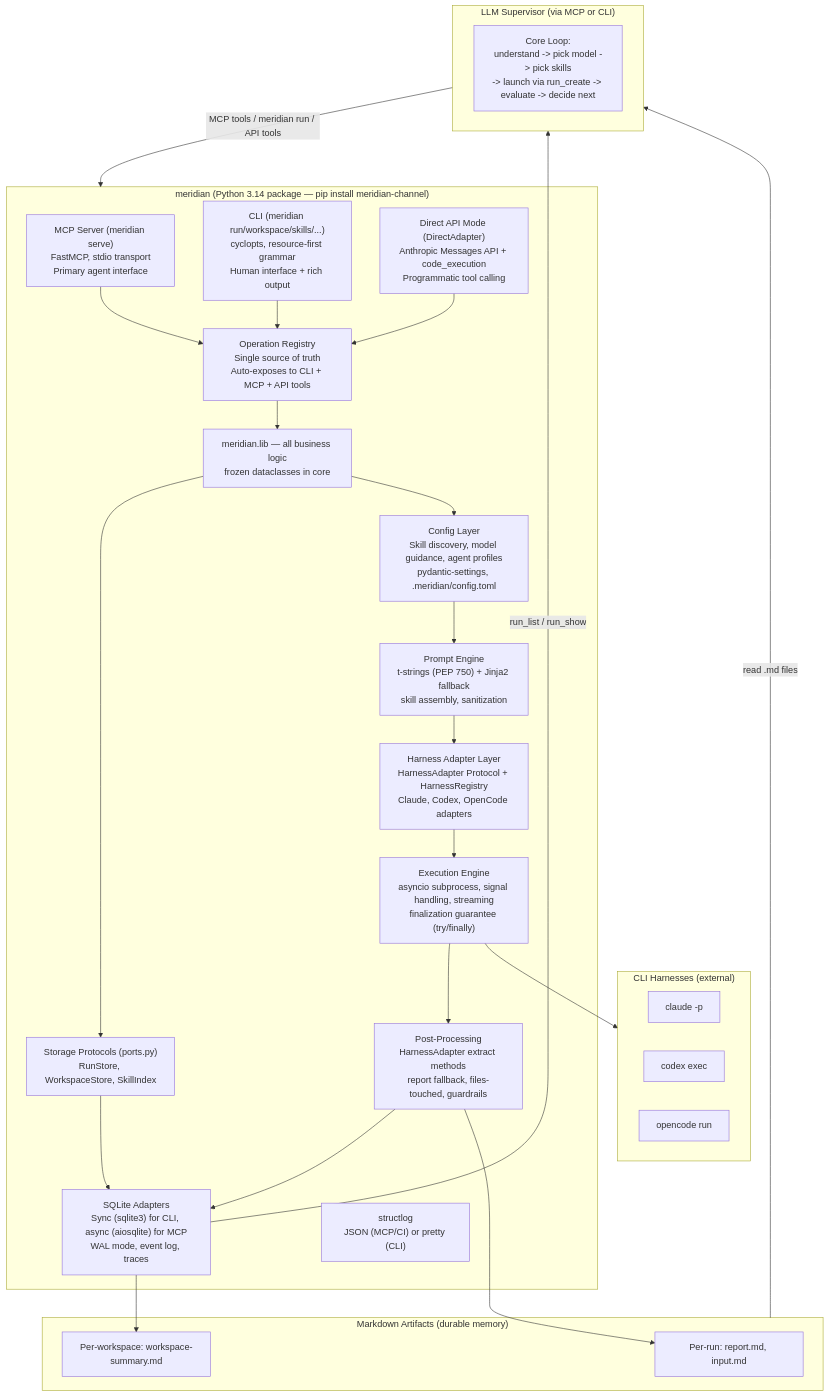
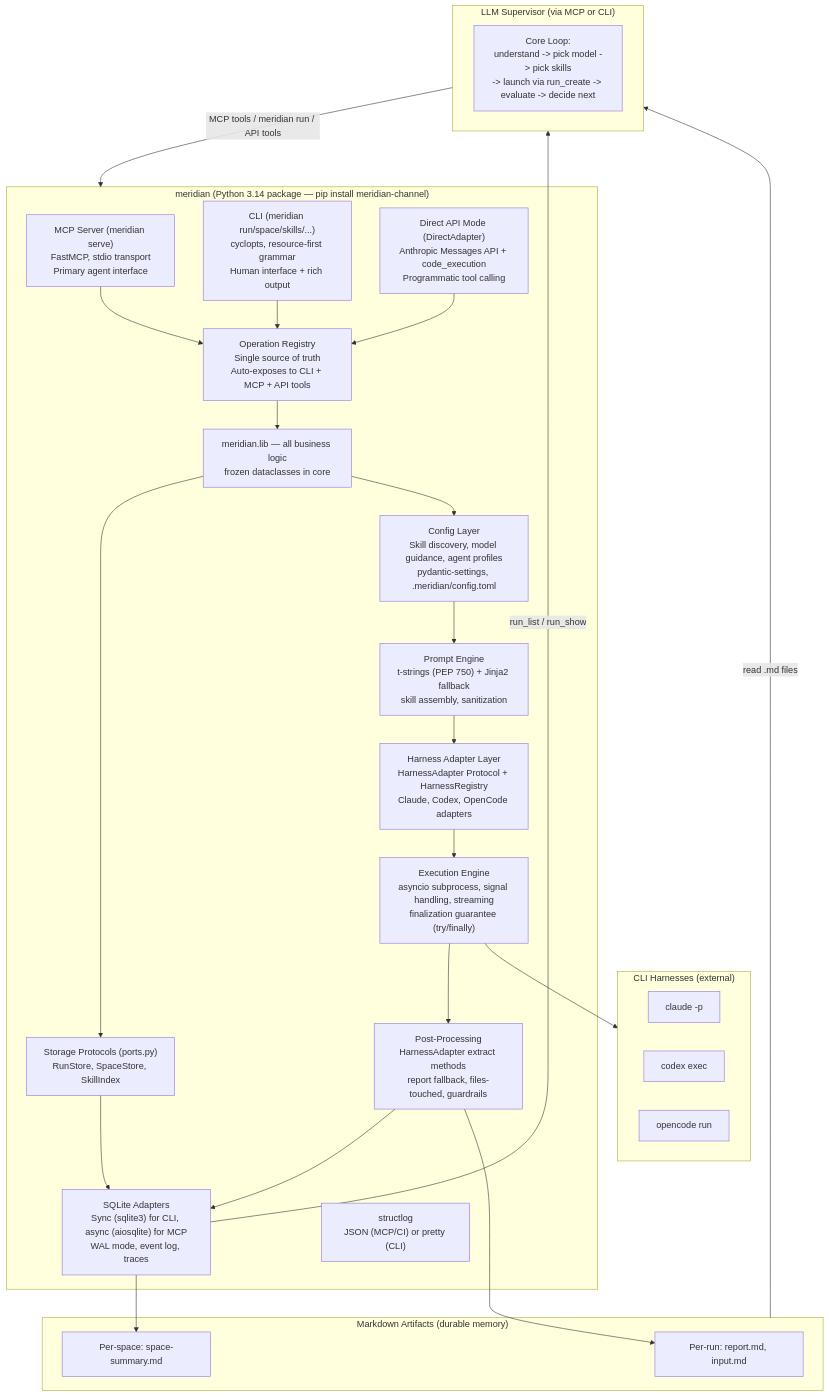
The diagram in _docs/plans/meridian-channel/_archive/design/architecture.md (haowjy/meridian-flow), drawn with Mermaid before and after one commit. The commit also changed other lines of this file and 58 other files, not shown here.

First line of the commit message:
refactor: rename workspace → space across meridian-channel codebase

````diff
--- a/_docs/plans/meridian-channel/_archive/design/architecture.md
+++ b/_docs/plans/meridian-channel/_archive/design/architecture.md
@@ -9,55 +9,55 @@
 ```mermaid
 graph TB
     subgraph Package["meridian (Python 3.14 package — pip install meridian-channel)"]
         MCP["MCP Server (meridian serve)\nFastMCP, stdio transport\nPrimary agent interface"]
-        CLI["CLI (meridian run/workspace/skills/...)\ncyclopts, resource-first grammar\nHuman interface + rich output"]
+        CLI["CLI (meridian run/space/skills/...)\ncyclopts, resource-first grammar\nHuman interface + rich output"]
         Direct["Direct API Mode (DirectAdapter)\nAnthropic Messages API + code_execution\nProgrammatic tool calling"]
         Registry["Operation Registry\nSingle source of truth\nAuto-exposes to CLI + MCP + API tools"]
         Lib["meridian.lib — all business logic\nfrozen dataclasses in core"]
-        Ports["Storage Protocols (ports.py)\nRunStore, WorkspaceStore, SkillIndex"]
+        Ports["Storage Protocols (ports.py)\nRunStore, SpaceStore, SkillIndex"]
         Config["Config Layer\nSkill discovery, model guidance, agent profiles\npydantic-settings, .meridian/config.toml"]
         Prompt["Prompt Engine\nt-strings (PEP 750) + Jinja2 fallback\nskill assembly, sanitization"]
         Harness["Harness Adapter Layer\nHarnessAdapter Protocol + HarnessRegistry\nClaude, Codex, OpenCode adapters"]
         Exec["Execution Engine\nasyncio subprocess, signal handling, streaming\nfinalization guarantee (try/finally)"]
         State["SQLite Adapters\nSync (sqlite3) for CLI, async (aiosqlite) for MCP\nWAL mode, event log, traces"]
         Post["Post-Processing\nHarnessAdapter extract methods\nreport fallback, files-touched, guardrails"]
         Log["structlog\nJSON (MCP/CI) or pretty (CLI)"]
     end
 
     MCP --> Registry
     CLI --> Registry
     Direct --> Registry
     Registry --> Lib
     Lib --> Ports
     Ports --> State
     Lib --> Config
     Config --> Prompt
     Prompt --> Harness
     Harness --> Exec
     Exec --> Post
     Post --> State
 
     subgraph Artifacts["Markdown Artifacts (durable memory)"]
         RunMD["Per-run: report.md, input.md"]
-        WorkspaceMD["Per-workspace: workspace-summary.md"]
+        SpaceMD["Per-space: space-summary.md"]
     end
 
     Post --> RunMD
-    State --> WorkspaceMD
+    State --> SpaceMD
 
     subgraph HarnessCLIs["CLI Harnesses (external)"]
         Claude["claude -p"]
         Codex["codex exec"]
         OpenCode["opencode run"]
     end
 
     Exec --> HarnessCLIs
 
     subgraph Supervisor["LLM Supervisor (via MCP or CLI)"]
         Loop["Core Loop:\nunderstand -> pick model -> pick skills\n-> launch via run_create -> evaluate -> decide next"]
     end
 
     Supervisor -->|"MCP tools / meridian run / API tools"| Package
     State -->|"run_list / run_show"| Supervisor
     Artifacts -->|"read .md files"| Supervisor
 ```
````
